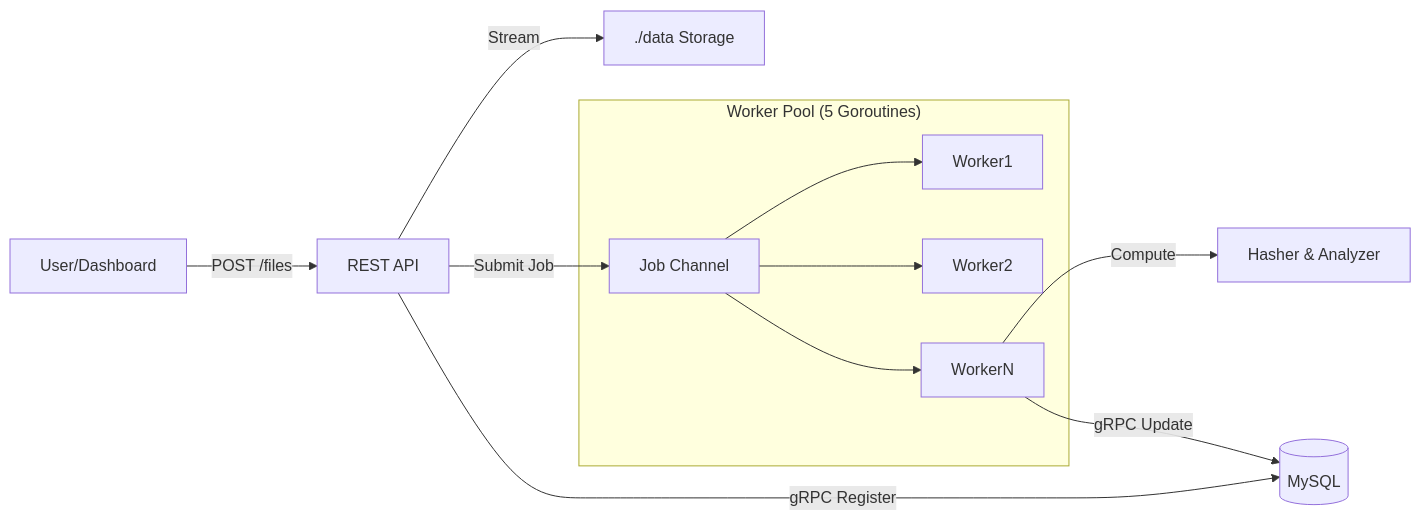
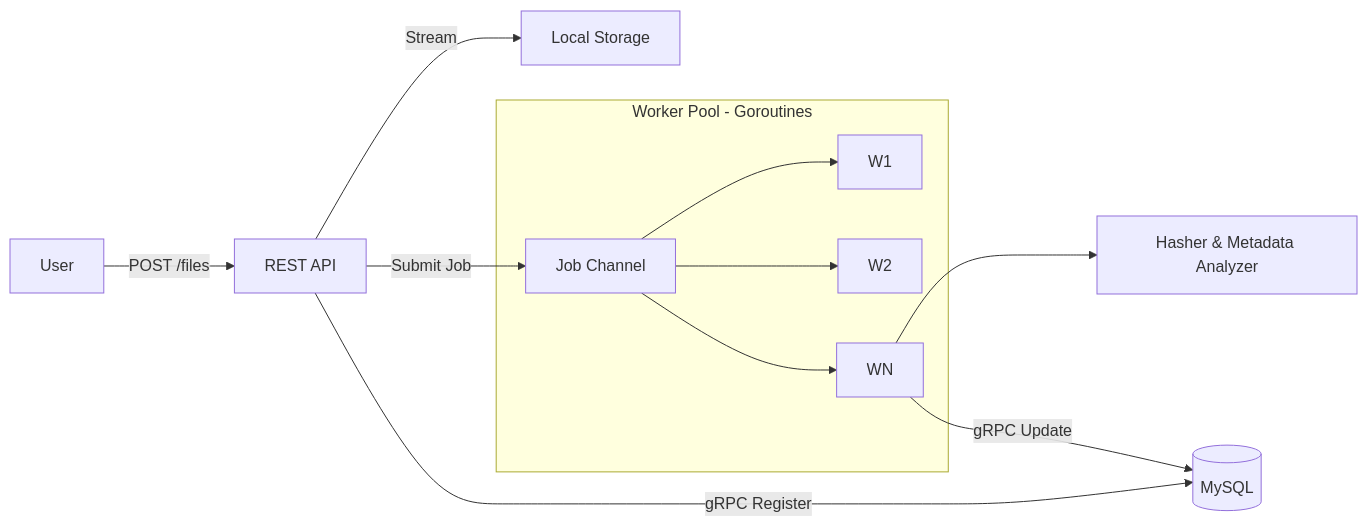
Before and after one commit to manamnathtiwari/GopherDriver: the diagram in README.md, drawn with Mermaid. The commit also changed other lines of this file, not shown here.

````diff
--- a/README.md
+++ b/README.md
@@ -41,16 +80,16 @@
-```mermaid
+``` mermaid
 graph LR
-    User[User/Dashboard] -->|POST /files| HTTP[REST API]
-    HTTP -->|Stream| Disk[./data Storage]
-    HTTP -->|Submit Job| Queue[Job Channel]
-    HTTP -->|gRPC Register| DB[(MySQL)]
+    User -->|POST /files| REST[REST API]
+    REST -->|Stream| Disk[Local Storage]
+    REST -->|Submit Job| Queue[Job Channel]
+    REST -->|gRPC Register| DB[(MySQL)]
     
-    subgraph "Worker Pool (5 Goroutines)"
-        Queue --> Worker1
-        Queue --> Worker2
-        Queue --> WorkerN
+    subgraph WorkerPool[Worker Pool - Goroutines]
+        Queue --> W1
+        Queue --> W2
+        Queue --> WN
     end
     
-    WorkerN -->|Compute| SHA256[Hasher & Analyzer]
-    WorkerN -->|gRPC Update| DB
+    WN --> Analyzer[Hasher & Metadata Analyzer]
+    WN -->|gRPC Update| DB
 ```
````
